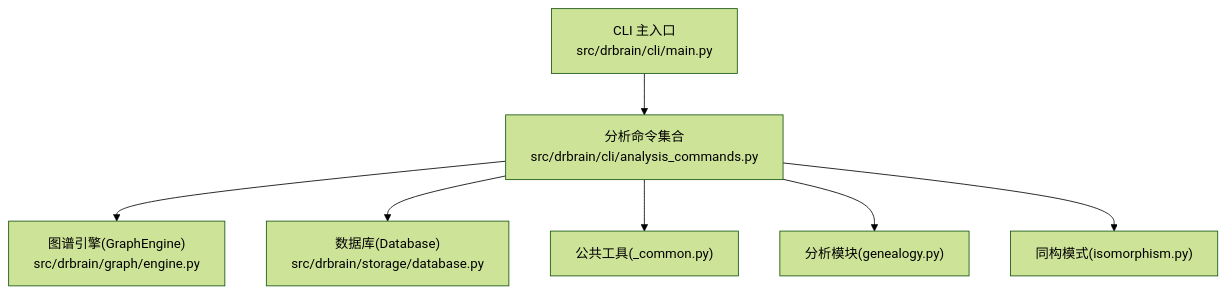
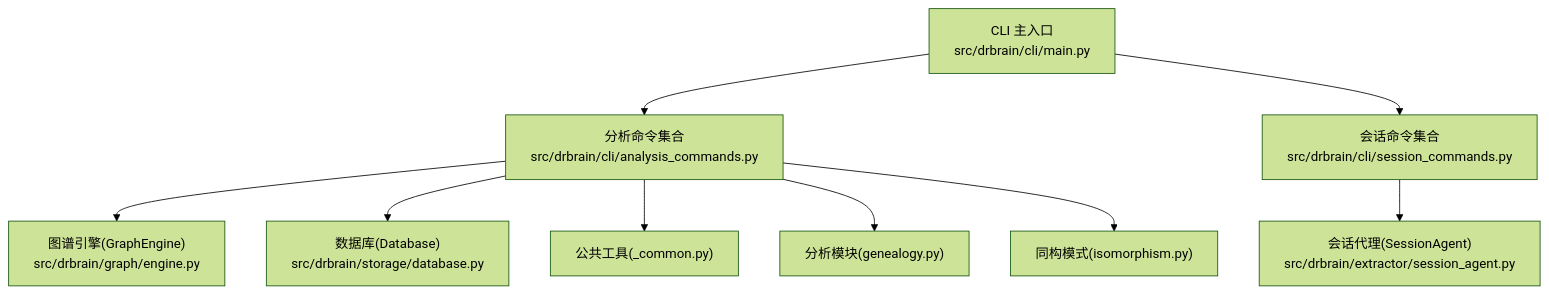
One commit to UynajGI/drbrain changed the first of 4 diagrams in .qoder/repowiki/zh/content/CLI 命令参考/分析探索命令.md. Above: the diagram before and after it, drawn with Mermaid (forest theme). The commit also changed other lines of this file and 7 other files, not shown here.

First line of the commit message:
docs: 同步 Session Agent 集成到文档和记忆

````diff
--- a/.qoder/repowiki/zh/content/CLI 命令参考/分析探索命令.md
+++ b/.qoder/repowiki/zh/content/CLI 命令参考/分析探索命令.md
@@ -52,9 +57,11 @@
 ```mermaid
 graph TB
 A["CLI 主入口<br/>src/drbrain/cli/main.py"] --> B["分析命令集合<br/>src/drbrain/cli/analysis_commands.py"]
+A --> S["会话命令集合<br/>src/drbrain/cli/session_commands.py"]
 B --> C["图谱引擎(GraphEngine)<br/>src/drbrain/graph/engine.py"]
 B --> D["数据库(Database)<br/>src/drbrain/storage/database.py"]
 B --> E["公共工具(_common.py)"]
 B --> F["分析模块(genealogy.py)"]
 B --> G["同构模式(isomorphism.py)"]
+S --> SA["会话代理(SessionAgent)<br/>src/drbrain/extractor/session_agent.py"]
 ```
````
